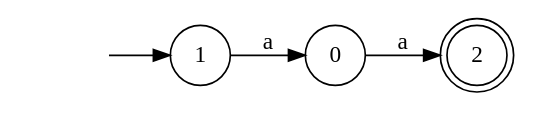
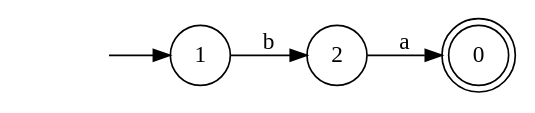
The diagram in dotfiles/DFA4.dot (Faymiaouent/Automa4U), drawn with Graphviz before and after one commit. The commit also changed 86 other files, not shown here.

```diff
--- a/dotfiles/DFA4.dot
+++ b/dotfiles/DFA4.dot
@@ -1,10 +1,10 @@
 digraph Automaton {
   rankdir = LR;
-node [shape=circle];
-  0 -> 2 [label="a"];
+0 [shape=doublecircle]; 
 node [shape=circle];
   initial [shape=plaintext,label=""];
   initial -> 1
-  1 -> 0 [label="a"];
-2 [shape=doublecircle]; 
+  1 -> 2 [label="b"];
+node [shape=circle];
+  2 -> 0 [label="a"];
 }
```
